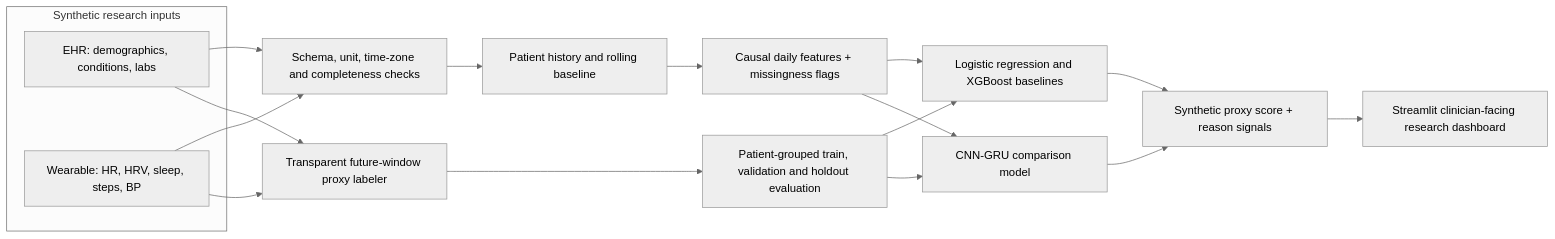
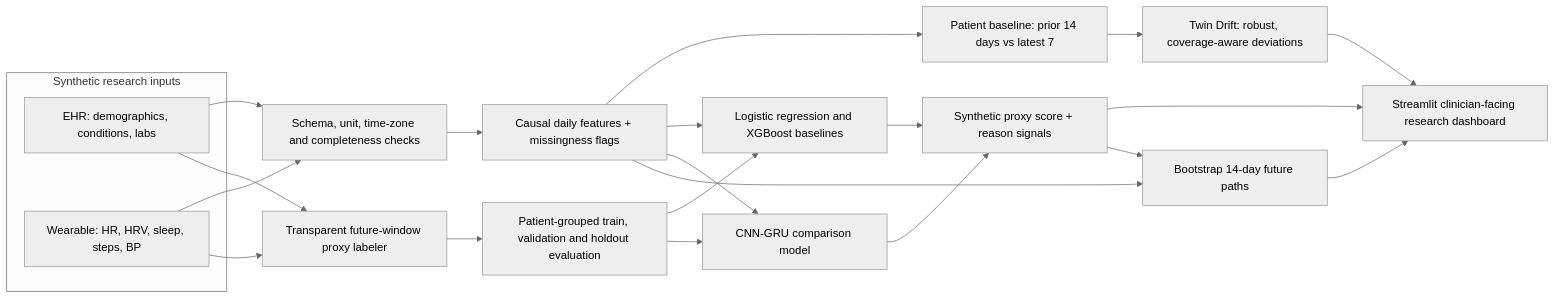
Before and after one commit to sheikhshafaenali2025-debug/cardiotwin-india: the diagram in digital-twin-cv-risk/docs/architecture.mmd, drawn with Mermaid (neutral theme). The commit also changed 6 other files, not shown here.

```diff
--- a/digital-twin-cv-risk/docs/architecture.mmd
+++ b/digital-twin-cv-risk/docs/architecture.mmd
@@ -1,19 +1,24 @@
 flowchart LR
   subgraph Inputs["Synthetic research inputs"]
     EHR["EHR: demographics, conditions, labs"]
     W["Wearable: HR, HRV, sleep, steps, BP"]
   end
   EHR --> V["Schema, unit, time-zone and completeness checks"]
   W --> V
-  V --> S["Patient history and rolling baseline"]
-  S --> F["Causal daily features + missingness flags"]
+  V --> F["Causal daily features + missingness flags"]
+  F --> S["Patient baseline: prior 14 days vs latest 7"]
+  S --> D["Twin Drift: robust, coverage-aware deviations"]
   F --> B["Logistic regression and XGBoost baselines"]
   F --> H["CNN-GRU comparison model"]
   B --> G["Synthetic proxy score + reason signals"]
   H --> G
-  G --> D["Streamlit clinician-facing research dashboard"]
+  G --> UI["Streamlit clinician-facing research dashboard"]
+  F --> Q["Bootstrap 14-day future paths"]
+  G --> Q
+  Q --> UI
+  D --> UI
   W --> L["Transparent future-window proxy labeler"]
   EHR --> L
   L --> T["Patient-grouped train, validation and holdout evaluation"]
   T --> B
   T --> H
```
